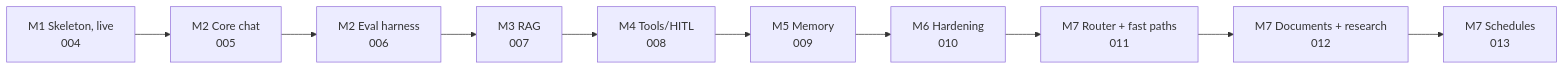
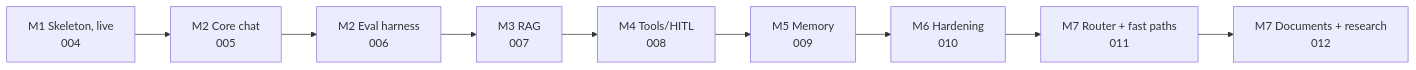
Before and after one commit to dinesh24murali/nexus-ai: the diagram in docs/02_outputs/05_implementation_plan.md, drawn with Mermaid. The commit also changed other lines of this file and 22 other files, not shown here.

````diff
--- a/docs/02_outputs/05_implementation_plan.md
+++ b/docs/02_outputs/05_implementation_plan.md
@@ -404,12 +396,11 @@
 ```mermaid
 flowchart LR
   M1[M1 Skeleton, live<br/>004] --> CC[M2 Core chat<br/>005]
   CC --> EV[M2 Eval harness<br/>006]
   EV --> R[M3 RAG<br/>007]
   R --> T[M4 Tools/HITL<br/>008]
   T --> MEM[M5 Memory<br/>009]
   MEM --> H[M6 Hardening<br/>010]
   H --> RO[M7 Router + fast paths<br/>011]
   RO --> DOC[M7 Documents + research<br/>012]
-  DOC --> SC[M7 Schedules<br/>013]
 ```
````
